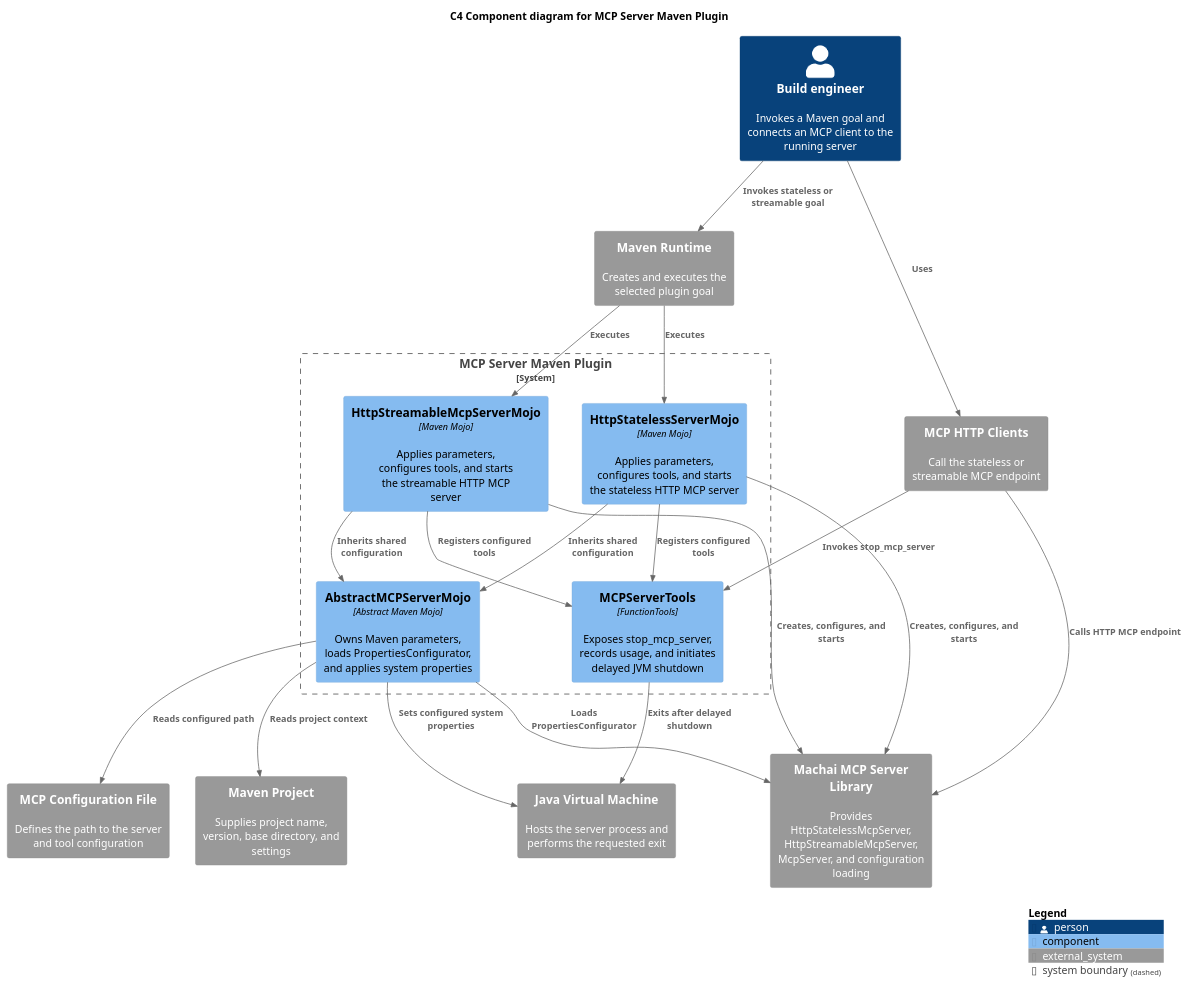
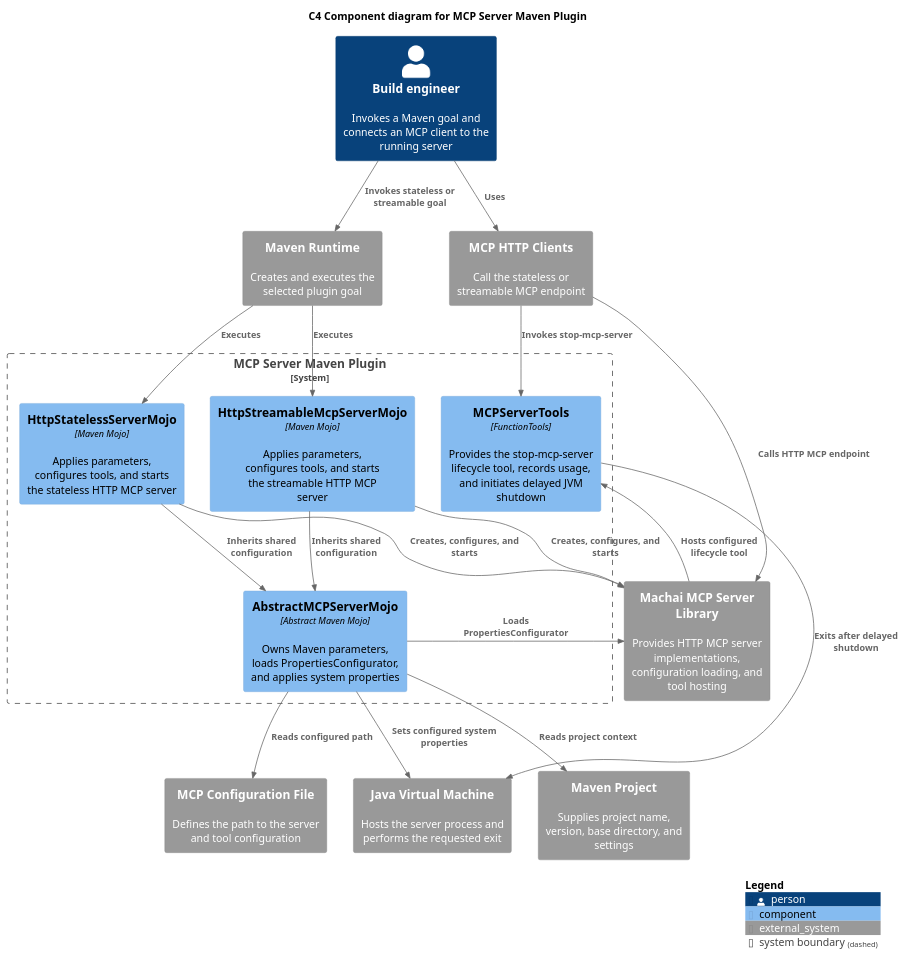
Before and after one commit to machanism-org/machai: the diagram in mcp-server-maven-plugin/src/site/puml/c4-diagram.puml, drawn with PlantUML. The commit also changed 76 other files, not shown here.

```diff
--- a/mcp-server-maven-plugin/src/site/puml/c4-diagram.puml
+++ b/mcp-server-maven-plugin/src/site/puml/c4-diagram.puml
@@ -10,40 +10,39 @@
 @startuml
 !includeurl https://raw.githubusercontent.com/plantuml-stdlib/C4-PlantUML/master/C4_Component.puml
 
 title C4 Component diagram for MCP Server Maven Plugin
 
 Person(developer, "Build engineer", "Invokes a Maven goal and connects an MCP client to the running server")
 System_Ext(maven, "Maven Runtime", "Creates and executes the selected plugin goal")
 System_Ext(mavenProject, "Maven Project", "Supplies project name, version, base directory, and settings")
 System_Ext(mcpConfigFile, "MCP Configuration File", "Defines the path to the server and tool configuration")
 System_Ext(mcpClients, "MCP HTTP Clients", "Call the stateless or streamable MCP endpoint")
-System_Ext(mcpLibrary, "Machai MCP Server Library", "Provides HttpStatelessMcpServer, HttpStreamableMcpServer, McpServer, and configuration loading")
+System_Ext(mcpLibrary, "Machai MCP Server Library", "Provides HTTP MCP server implementations, configuration loading, and tool hosting")
 System_Ext(jvm, "Java Virtual Machine", "Hosts the server process and performs the requested exit")
 
 System_Boundary(plugin, "MCP Server Maven Plugin") {
   Component(statelessMojo, "HttpStatelessServerMojo", "Maven Mojo", "Applies parameters, configures tools, and starts the stateless HTTP MCP server")
   Component(streamableMojo, "HttpStreamableMcpServerMojo", "Maven Mojo", "Applies parameters, configures tools, and starts the streamable HTTP MCP server")
   Component(abstractMojo, "AbstractMCPServerMojo", "Abstract Maven Mojo", "Owns Maven parameters, loads PropertiesConfigurator, and applies system properties")
-  Component(serverTools, "MCPServerTools", "FunctionTools", "Exposes stop_mcp_server, records usage, and initiates delayed JVM shutdown")
+  Component(serverTools, "MCPServerTools", "FunctionTools", "Provides the stop-mcp-server lifecycle tool, records usage, and initiates delayed JVM shutdown")
 }
 
 Rel(developer, maven, "Invokes stateless or streamable goal")
 Rel(developer, mcpClients, "Uses")
 Rel(maven, statelessMojo, "Executes")
 Rel(maven, streamableMojo, "Executes")
 Rel(statelessMojo, abstractMojo, "Inherits shared configuration")
 Rel(streamableMojo, abstractMojo, "Inherits shared configuration")
 Rel(abstractMojo, mavenProject, "Reads project context")
 Rel(abstractMojo, mcpConfigFile, "Reads configured path")
 Rel(abstractMojo, mcpLibrary, "Loads PropertiesConfigurator")
 Rel(abstractMojo, jvm, "Sets configured system properties")
 Rel(statelessMojo, mcpLibrary, "Creates, configures, and starts")
 Rel(streamableMojo, mcpLibrary, "Creates, configures, and starts")
-Rel(statelessMojo, serverTools, "Registers configured tools")
-Rel(streamableMojo, serverTools, "Registers configured tools")
 Rel(mcpClients, mcpLibrary, "Calls HTTP MCP endpoint")
-Rel(mcpClients, serverTools, "Invokes stop_mcp_server")
+Rel(mcpLibrary, serverTools, "Hosts configured lifecycle tool")
+Rel(mcpClients, serverTools, "Invokes stop-mcp-server")
 Rel(serverTools, jvm, "Exits after delayed shutdown")
 
 SHOW_LEGEND()
 @enduml
```
